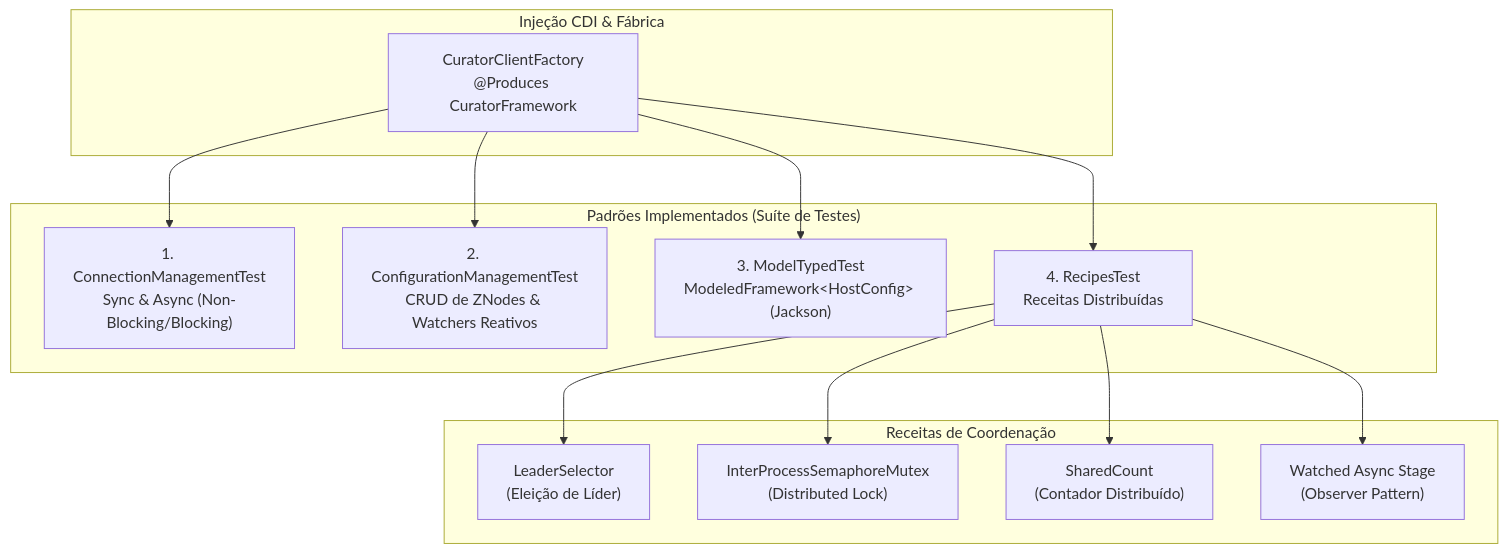
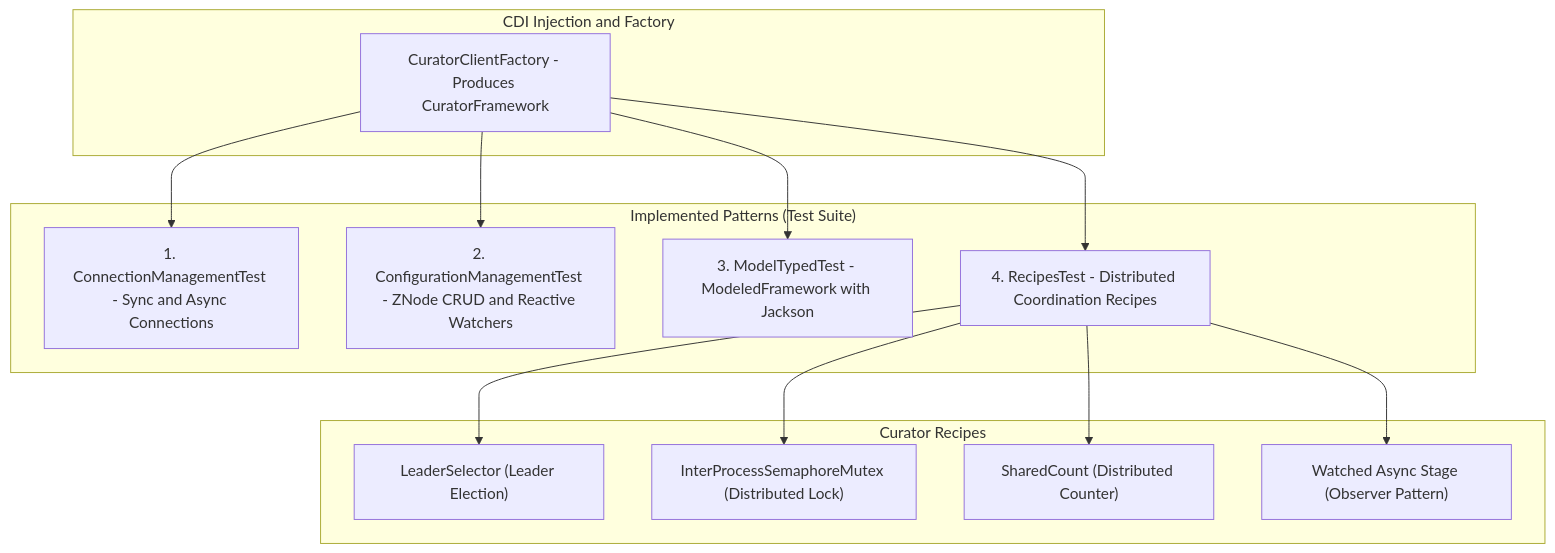
Before and after one commit to AlessandroMartini/quarkus-12factor-service-template: the sixth of 7 diagrams in README.MD, drawn with Mermaid. The commit also changed other lines of this file, not shown here.

Commit message:
docs: translate README to English and fix GitHub Mermaid syntax

````diff
--- a/README.MD
+++ b/README.MD
@@ -388,23 +388,29 @@
 ```mermaid
 flowchart TB
-    subgraph QuarkusCDI["Injeção CDI & Fábrica"]
-        FAC["CuratorClientFactory<br/>@Produces CuratorFramework"]
+    subgraph QuarkusCDI["CDI Injection and Factory"]
+        FAC["CuratorClientFactory - Produces CuratorFramework"]
     end
 
-    subgraph Capabilities["Padrões Implementados (Suíte de Testes)"]
-        CONN["1. ConnectionManagementTest<br/>Sync & Async (Non-Blocking/Blocking)"]
-        CONF["2. ConfigurationManagementTest<br/>CRUD de ZNodes & Watchers Reativos"]
-        MOD["3. ModelTypedTest<br/>ModeledFramework&lt;HostConfig&gt; (Jackson)"]
-        REC["4. RecipesTest<br/>Receitas Distribuídas"]
+    subgraph Capabilities["Implemented Patterns (Test Suite)"]
+        CONN["1. ConnectionManagementTest - Sync and Async Connections"]
+        CONF["2. ConfigurationManagementTest - ZNode CRUD and Reactive Watchers"]
+        MOD["3. ModelTypedTest - ModeledFramework with Jackson"]
+        REC["4. RecipesTest - Distributed Coordination Recipes"]
     end
 
-    subgraph Recipes["Receitas de Coordenação"]
-        R1["LeaderSelector<br/>(Eleição de Líder)"]
-        R2["InterProcessSemaphoreMutex<br/>(Distributed Lock)"]
-        R3["SharedCount<br/>(Contador Distribuído)"]
-        R4["Watched Async Stage<br/>(Observer Pattern)"]
+    subgraph Recipes["Curator Recipes"]
+        R1["LeaderSelector (Leader Election)"]
+        R2["InterProcessSemaphoreMutex (Distributed Lock)"]
+        R3["SharedCount (Distributed Counter)"]
+        R4["Watched Async Stage (Observer Pattern)"]
     end
 
-    FAC --> CONN & CONF & MOD & REC
-    REC --> R1 & R2 & R3 & R4
+    FAC --> CONN
+    FAC --> CONF
+    FAC --> MOD
+    FAC --> REC
+    REC --> R1
+    REC --> R2
+    REC --> R3
+    REC --> R4
 ```
````
